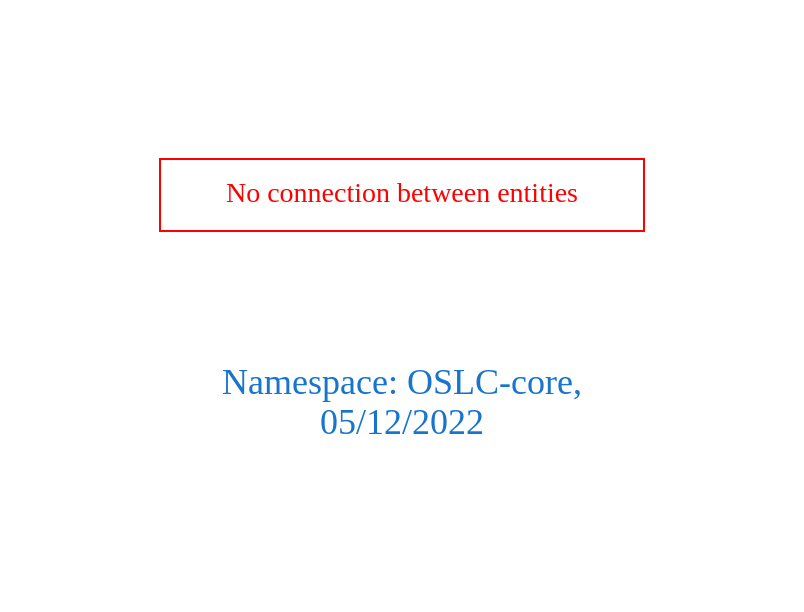
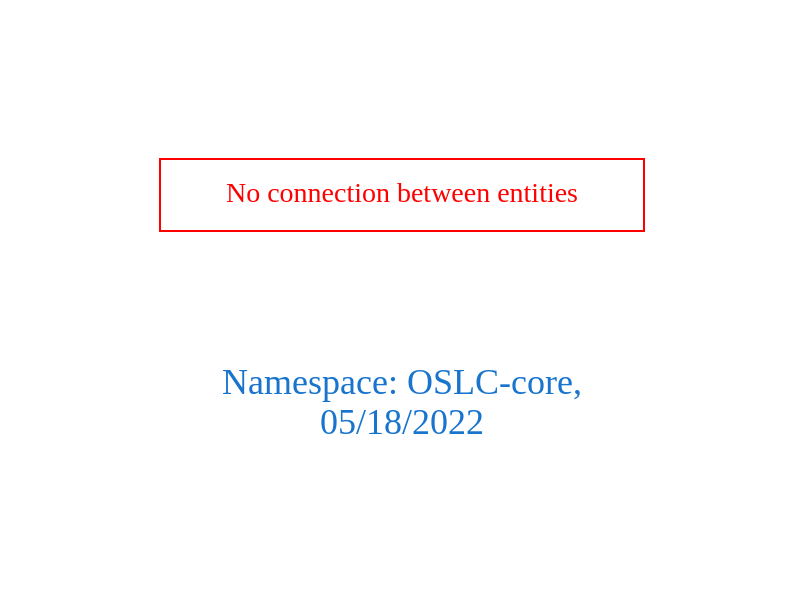
Before and after one commit to arago/OGIT: the diagram in downloads/OSLC-core.dot, drawn with Graphviz. The commit also changed 1927 other files, not shown here.

```diff
--- a/downloads/OSLC-core.dot
+++ b/downloads/OSLC-core.dot
@@ -1,9 +1,9 @@
 digraph OGIT_ontology {
  graph [ rankdir= LR,pad=1 
 fontsize = 18,
-fontcolor= dodgerblue3,label = "\n\n\nNamespace: OSLC-core, \n 05/12/2022"];
+fontcolor= dodgerblue3,label = "\n\n\nNamespace: OSLC-core, \n 05/18/2022"];
 node[shape=polygon];
 edge [  color="gray81"];
 
 "No connection between entities" [fontcolor = "red",color="red", shape="polygon"]
 }
```
